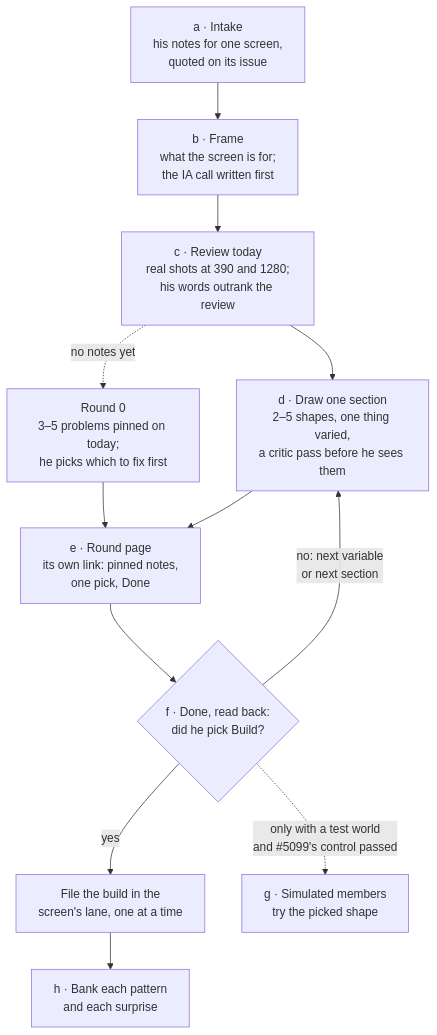
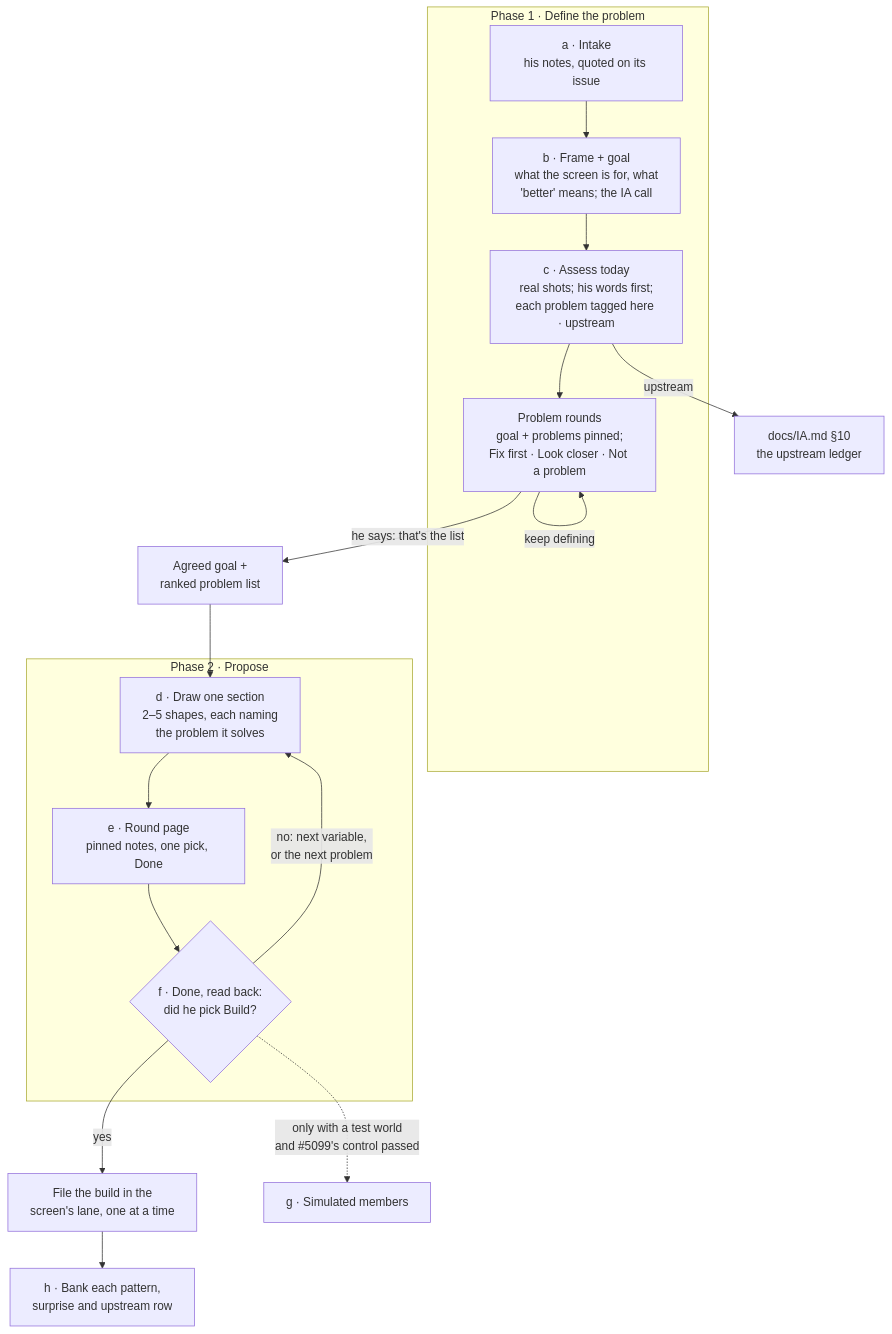
Before and after one commit to ejclark/skynet-capital: the diagram in docs/process/REDESIGN.md, drawn with Mermaid. The commit also changed other lines of this file and 5 other files, not shown here.

First line of the commit message:
feat(redesign): define the problem before drawing, and show frames at real size

````diff
--- a/docs/process/REDESIGN.md
+++ b/docs/process/REDESIGN.md
@@ -11,14 +17,20 @@
 ```mermaid
 flowchart TD
-  A["a · Intake<br/>his notes for one screen,<br/>quoted on its issue"] --> B["b · Frame<br/>what the screen is for;<br/>the IA call written first"]
-  B --> C["c · Review today<br/>real shots at 390 and 1280;<br/>his words outrank the review"]
-  C --> D["d · Draw one section<br/>2–5 shapes, one thing varied,<br/>a critic pass before he sees them"]
-  C -.->|"no notes yet"| Z["Round 0<br/>3–5 problems pinned on today;<br/>he picks which to fix first"]
-  Z --> E
-  D --> E["e · Round page<br/>its own link: pinned notes,<br/>one pick, Done"]
-  E --> F{"f · Done, read back:<br/>did he pick Build?"}
-  F -->|"no: next variable<br/>or next section"| D
+  subgraph P1["Phase 1 · Define the problem"]
+    A["a · Intake<br/>his notes, quoted on its issue"] --> B["b · Frame + goal<br/>what the screen is for, what<br/>'better' means; the IA call"]
+    B --> C["c · Assess today<br/>real shots; his words first;<br/>each problem tagged here · upstream"]
+    C --> R["Problem rounds<br/>goal + problems pinned;<br/>Fix first · Look closer · Not a problem"]
+    R -->|"keep defining"| R
+  end
+  C -->|"upstream"| U["docs/IA.md §10<br/>the upstream ledger"]
+  R -->|"he says: that's the list"| L["Agreed goal +<br/>ranked problem list"]
+  subgraph P2["Phase 2 · Propose"]
+    D["d · Draw one section<br/>2–5 shapes, each naming<br/>the problem it solves"] --> E["e · Round page<br/>pinned notes, one pick, Done"]
+    E --> F{"f · Done, read back:<br/>did he pick Build?"}
+    F -->|"no: next variable,<br/>or the next problem"| D
+  end
+  L --> D
   F -->|"yes"| G["File the build in the<br/>screen's lane, one at a time"]
-  F -.->|"only with a test world<br/>and #5099's control passed"| T["g · Simulated members<br/>try the picked shape"]
-  G --> H["h · Bank each pattern<br/>and each surprise"]
+  F -.->|"only with a test world<br/>and #5099's control passed"| T["g · Simulated members"]
+  G --> H["h · Bank each pattern,<br/>surprise and upstream row"]
 ```
````
